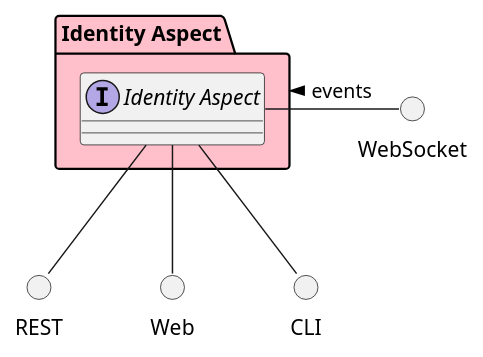
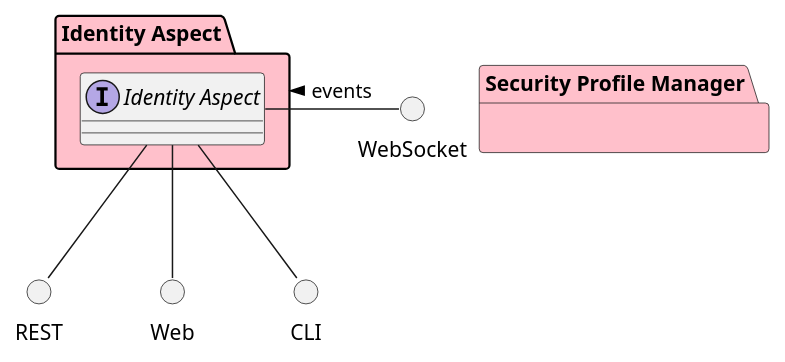
Before and after one commit to madajaju/edgemere: the diagram in docs/edgemere/ia/subpackage.puml, drawn with PlantUML. The commit also changed 1199 other files, not shown here.

```diff
--- a/docs/edgemere/ia/subpackage.puml
+++ b/docs/edgemere/ia/subpackage.puml
@@ -1,34 +1,38 @@
 @startuml
 
 
 package "Identity Aspect" #pink {
+
+}
+
+package "Security Profile Manager" #pink {
 
 }
 
 
 package "Identity Aspect" #pink {
 
     interface "Identity Aspect" as i {
     
     
     }
 }
 
 circle REST
 circle Web
 circle CLI
 circle WebSocket
 
 i -down- Web
 i -down- CLI
 i -down- REST
 WebSocket -left- i: events >
 
 package "Identity Aspect" #pink {
 
 
 }
 
 
 
 @enduml
```
